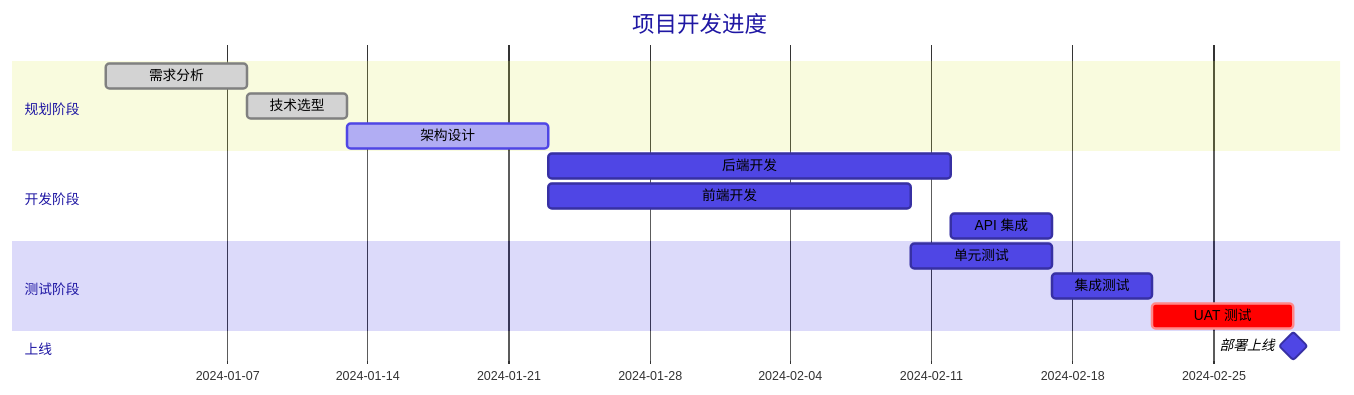
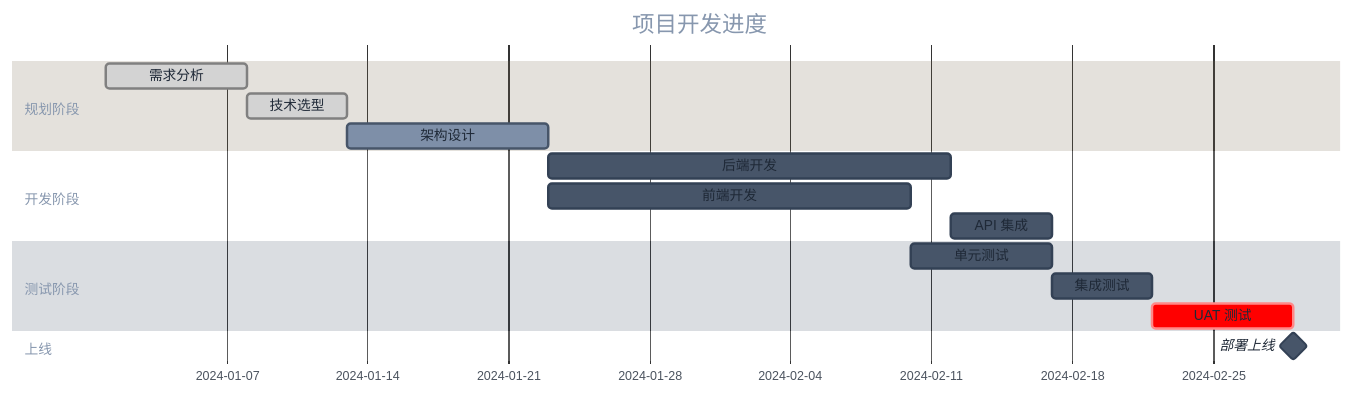
Before and after one commit to unix2dos/skills: the tenth of 17 diagrams in mermaid-generator/SKILL.md, drawn with Mermaid. The commit also changed other lines of this file, not shown here.

````diff
--- a/mermaid-generator/SKILL.md
+++ b/mermaid-generator/SKILL.md
@@ -341,24 +341,24 @@
 ```mermaid
-%%{init: {'theme': 'base', 'themeVariables': {'primaryColor': '#4F46E5', 'primaryTextColor': '#000', 'primaryBorderColor': '#3730A3', 'gridColor': '#E5E7EB', 'todayLineColor': '#EF4444'}}}%%
+%%{init: {'theme': 'base', 'themeVariables': {'primaryColor': '#475569', 'primaryTextColor': '#1F2937', 'primaryBorderColor': '#334155', 'gridColor': '#E5E7EB', 'todayLineColor': '#DC2626'}}}%%
 gantt
     title 项目开发进度
     dateFormat  YYYY-MM-DD
 
     section 规划阶段
     需求分析           :done,    des1, 2024-01-01, 7d
     技术选型           :done,    des2, after des1, 5d
     架构设计           :active,  des3, after des2, 10d
 
     section 开发阶段
     后端开发           :         dev1, after des3, 20d
     前端开发           :         dev2, after des3, 18d
     API 集成           :         dev3, after dev1, 5d
 
     section 测试阶段
     单元测试           :         test1, after dev2, 7d
     集成测试           :         test2, after dev3, 5d
     UAT 测试           :crit,    test3, after test2, 7d
 
     section 上线
     部署上线           :milestone, m1, after test3, 0d
 ```
````
